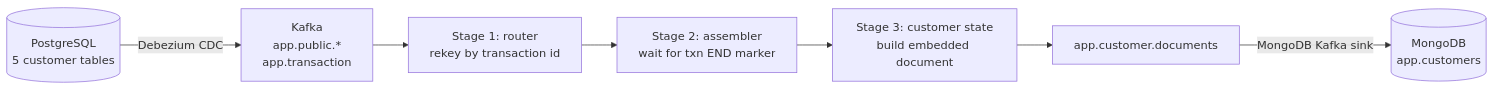
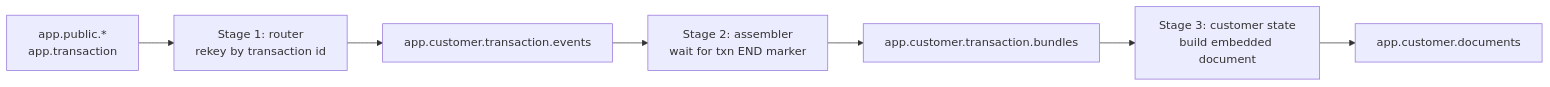
One commit to ricard0javier/postgres-to-mongodb-sync changed the diagram in README.md. Above: the diagram before and after it, drawn with Mermaid. The commit also changed other lines of this file and 2 other files, not shown here.

````diff
--- a/README.md
+++ b/README.md
@@ -26,9 +37,9 @@
 ```mermaid
 flowchart LR
-  PG[("PostgreSQL<br/>5 customer tables")] -->|Debezium CDC| K1["Kafka<br/>app.public.*<br/>app.transaction"]
-  K1 --> S1["Stage 1: router<br/>rekey by transaction id"]
-  S1 --> S2["Stage 2: assembler<br/>wait for txn END marker"]
-  S2 --> S3["Stage 3: customer state<br/>build embedded document"]
+  K1["app.public.*<br/>app.transaction"] --> S1["Stage 1: router<br/>rekey by transaction id"]
+  S1 --> T1["app.customer.transaction.events"]
+  T1 --> S2["Stage 2: assembler<br/>wait for txn END marker"]
+  S2 --> T2["app.customer.transaction.bundles"]
+  T2 --> S3["Stage 3: customer state<br/>build embedded document"]
   S3 --> K2["app.customer.documents"]
-  K2 -->|MongoDB Kafka sink| M[("MongoDB<br/>app.customers")]
 ```
````
